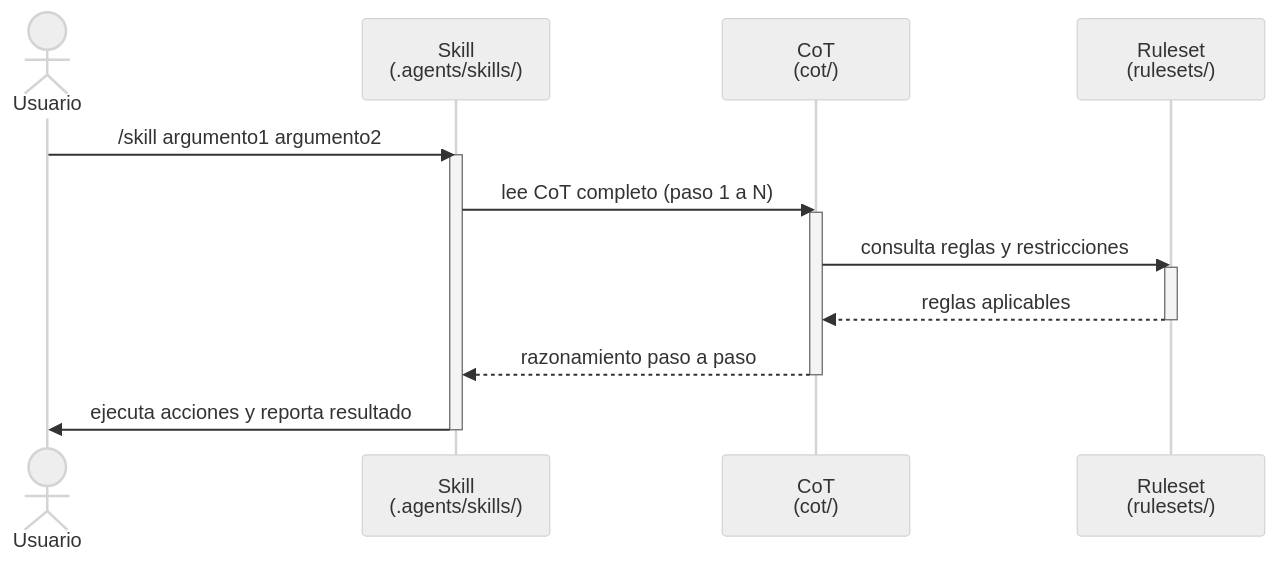
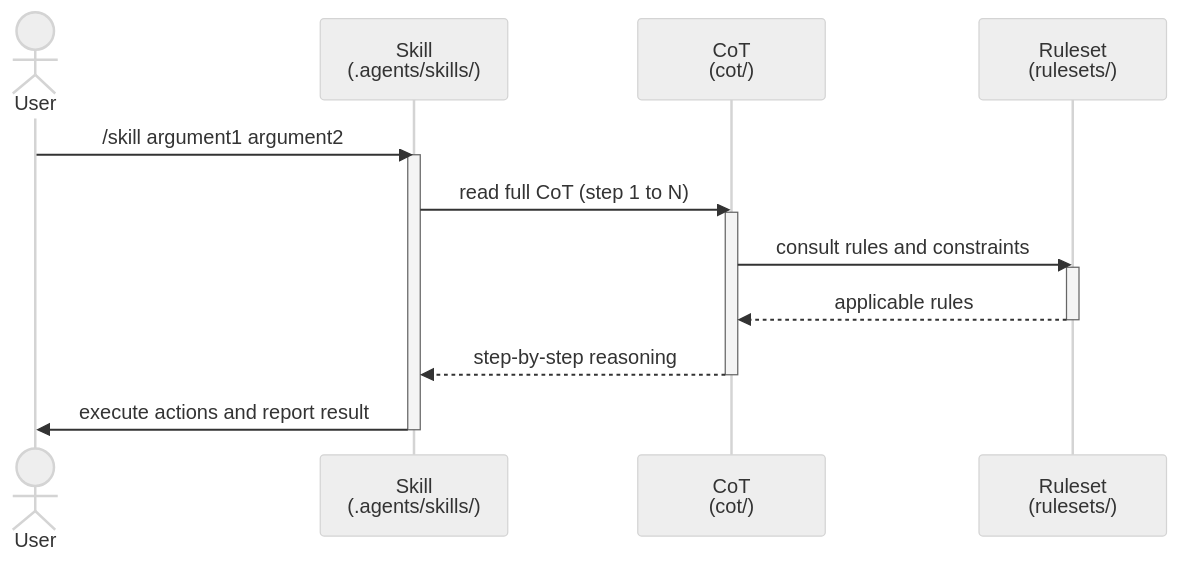
The second of 2 diagrams in README.md (incogniaops/rules), drawn with Mermaid (neutral theme) before and after one commit. The commit also changed other lines of this file and 12 other files, not shown here.

````diff
--- a/README.md
+++ b/README.md
@@ -194,20 +195,20 @@
 ```mermaid
 sequenceDiagram
-    actor U as Usuario
+    actor U as User
     participant S as Skill<br/>(.agents/skills/)
     participant C as CoT<br/>(cot/)
     participant R as Ruleset<br/>(rulesets/)
 
-    U->>S: /skill argumento1 argumento2
+    U->>S: /skill argument1 argument2
     activate S
-    S->>C: lee CoT completo (paso 1 a N)
+    S->>C: read full CoT (step 1 to N)
     activate C
-    C->>R: consulta reglas y restricciones
+    C->>R: consult rules and constraints
     activate R
-    R-->>C: reglas aplicables
+    R-->>C: applicable rules
     deactivate R
-    C-->>S: razonamiento paso a paso
+    C-->>S: step-by-step reasoning
     deactivate C
-    S->>U: ejecuta acciones y reporta resultado
+    S->>U: execute actions and report result
     deactivate S
 ```
````
